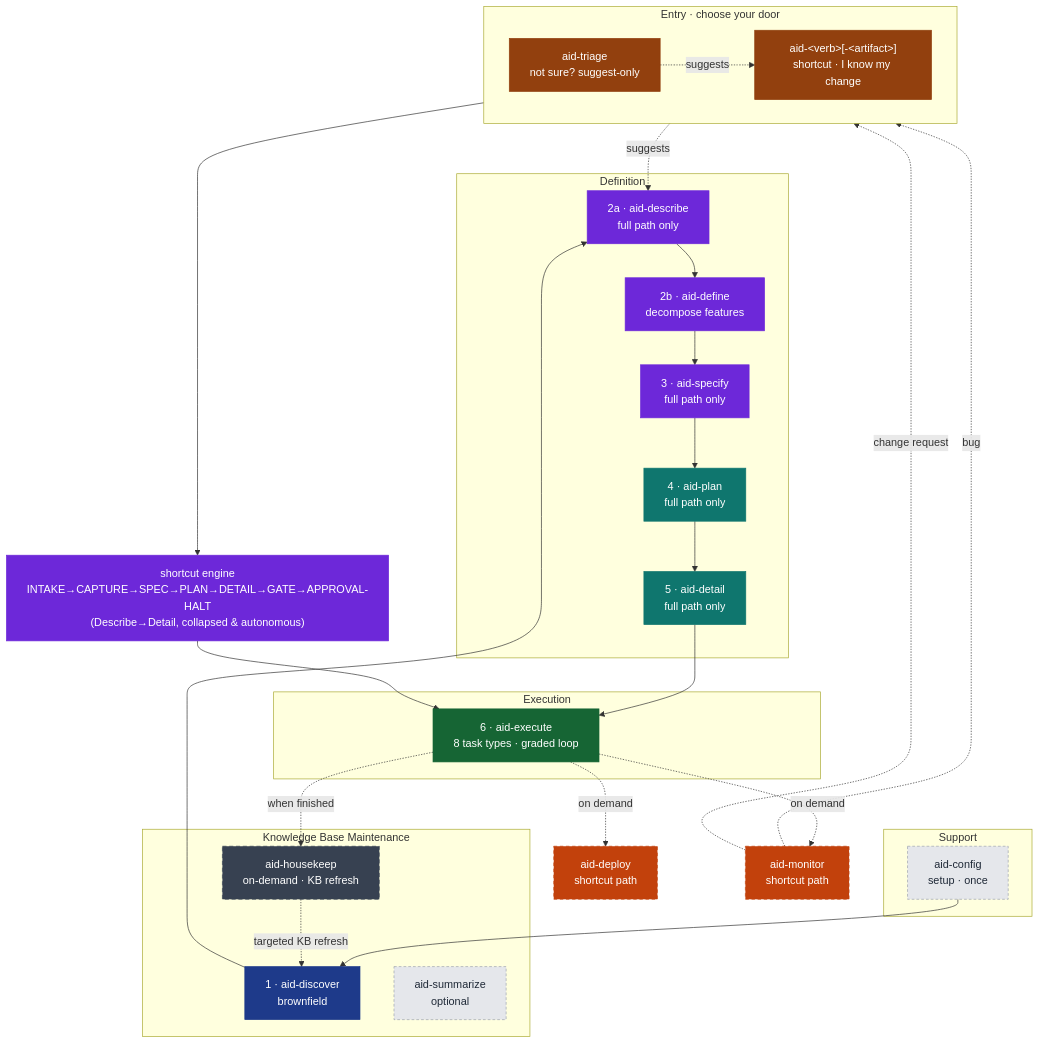
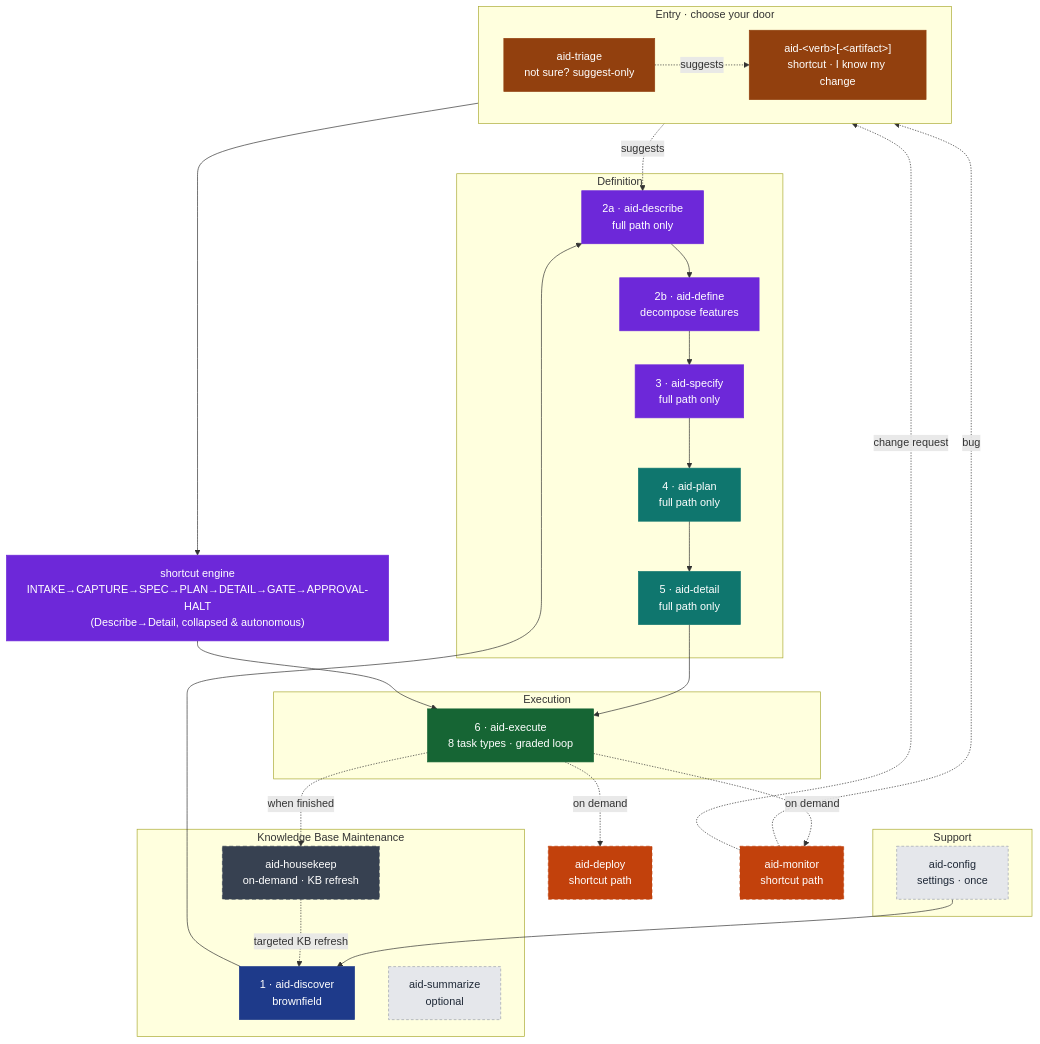
One commit to AndreVianna/aid-methodology changed the first of 7 diagrams in docs/aid-methodology.md. Above: the diagram before and after it, drawn with Mermaid. The commit also changed other lines of this file and 247 other files, not shown here.

````diff
--- a/docs/aid-methodology.md
+++ b/docs/aid-methodology.md
@@ -26,51 +26,51 @@
 ```mermaid
 flowchart TB
     classDef prep    fill:#1E3A8A,stroke:#1E3A8A,color:#ffffff
     classDef def     fill:#6D28D9,stroke:#6D28D9,color:#ffffff
     classDef map     fill:#0F766E,stroke:#0F766E,color:#ffffff
     classDef exe     fill:#166534,stroke:#166534,color:#ffffff
     classDef delopt  fill:#C2410C,stroke:#C2410C,color:#ffffff,stroke-dasharray:5 4
     classDef aux     fill:#E5E7EB,stroke:#9CA3AF,color:#1F2937,stroke-dasharray:4 3
     classDef offpipe fill:#374151,stroke:#374151,color:#ffffff,stroke-dasharray:6 4
     classDef entry   fill:#92400E,stroke:#92400E,color:#ffffff
 
     subgraph GE[" Entry · choose your door "]
         direction LR
         SC["aid-&lt;verb&gt;[-&lt;artifact&gt;]<br/>shortcut · I know my change"]:::entry
         TR["aid-triage<br/>not sure? suggest-only"]:::entry
     end
     TR -. suggests .-> SC
 
     subgraph GS[" Support "]
-        Init["aid-config<br/>setup · once"]:::aux
+        Init["aid-config<br/>settings · once"]:::aux
     end
     subgraph G1[" Knowledge Base Maintenance "]
         Disc["1 · aid-discover<br/>brownfield"]:::prep
         Sum["aid-summarize<br/>optional"]:::aux
         HK["aid-housekeep<br/>on-demand · KB refresh"]:::offpipe
     end
     subgraph G2[" Definition "]
         Desc["2a · aid-describe<br/>full path only"]:::def
         Def["2b · aid-define<br/>decompose features"]:::def
         Spec["3 · aid-specify<br/>full path only"]:::def
         Plan["4 · aid-plan<br/>full path only"]:::map
         Det["5 · aid-detail<br/>full path only"]:::map
     end
     subgraph G4[" Execution "]
         Exe["6 · aid-execute<br/>8 task types · graded loop"]:::exe
     end
 
     Dep["aid-deploy<br/>shortcut path"]:::delopt
     Mon["aid-monitor<br/>shortcut path"]:::delopt
 
     TR -. suggests .-> Desc
     Init --> Disc --> Desc --> Def --> Spec --> Plan --> Det --> Exe
     SC --> ENG["shortcut engine<br/>INTAKE→CAPTURE→SPEC→PLAN→DETAIL→GATE→APPROVAL-HALT<br/>(Describe→Detail, collapsed &amp; autonomous)"]:::def
     ENG --> Exe
     Exe -. "on demand" .-> Dep
     Exe -. "on demand" .-> Mon
     Exe -. "when finished" .-> HK
     Mon -. "bug" .-> SC
     Mon -. "change request" .-> TR
     HK  -. "targeted KB refresh" .-> Disc
 ```
````
